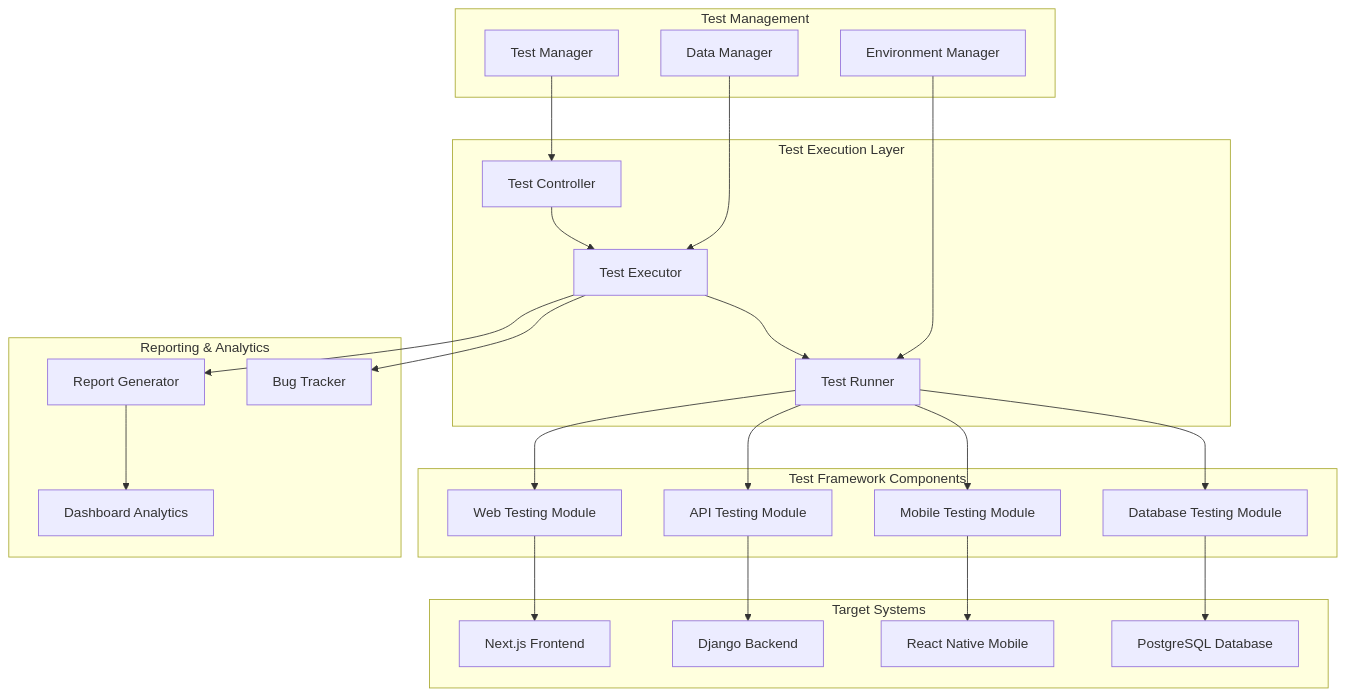
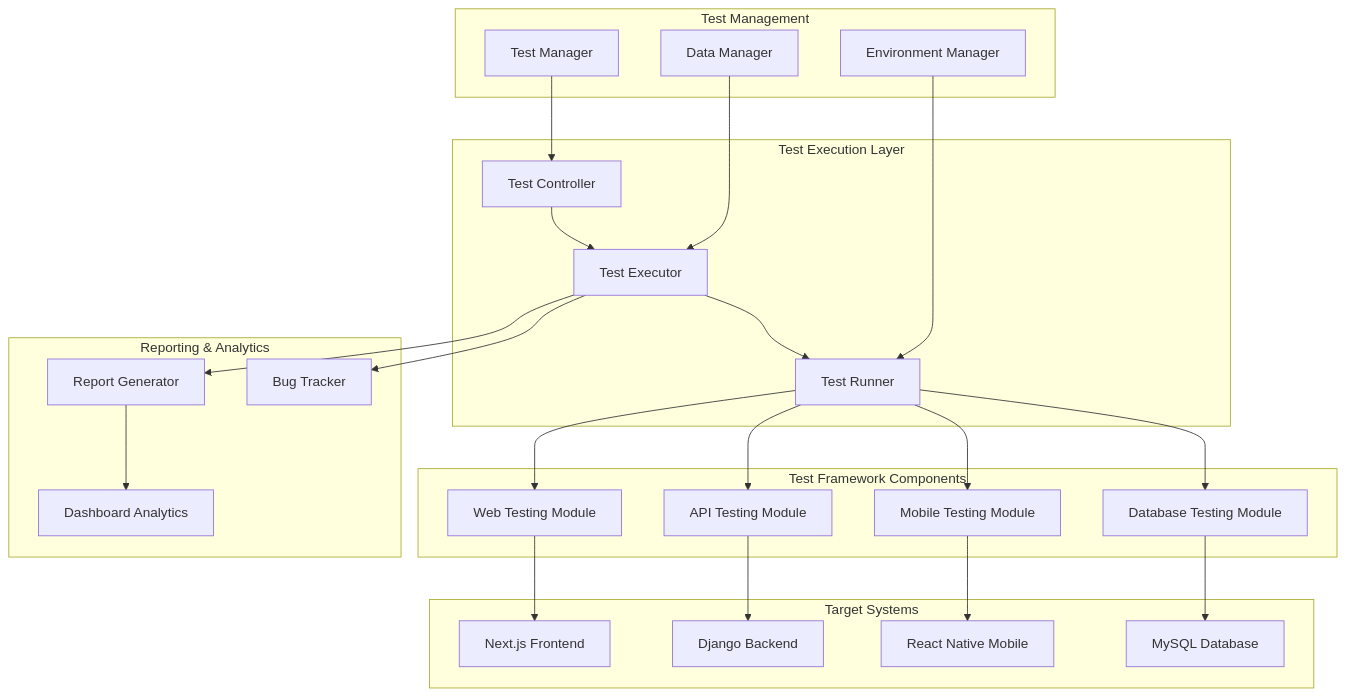
One commit to joejoethish/ecom changed the diagram in .kiro/specs/qa-testing-framework/design.md. Above: the diagram before and after it, drawn with Mermaid. The commit also changed other lines of this file and 11 other files, not shown here.

````diff
--- a/.kiro/specs/qa-testing-framework/design.md
+++ b/.kiro/specs/qa-testing-framework/design.md
@@ -19,54 +19,54 @@
 ```mermaid
 graph TB
     subgraph "Test Execution Layer"
         TC[Test Controller]
         TE[Test Executor]
         TR[Test Runner]
     end
     
     subgraph "Test Framework Components"
         WT[Web Testing Module]
         MT[Mobile Testing Module]
         AT[API Testing Module]
         DT[Database Testing Module]
     end
     
     subgraph "Test Management"
         TM[Test Manager]
         DM[Data Manager]
         EM[Environment Manager]
     end
     
     subgraph "Reporting & Analytics"
         RG[Report Generator]
         BT[Bug Tracker]
         DA[Dashboard Analytics]
     end
     
     subgraph "Target Systems"
         FE[Next.js Frontend]
         BE[Django Backend]
         MA[React Native Mobile]
-        DB[PostgreSQL Database]
+        DB[MySQL Database]
     end
     
     TC --> TE
     TE --> TR
     TR --> WT
     TR --> MT
     TR --> AT
     TR --> DT
     
     WT --> FE
     MT --> MA
     AT --> BE
     DT --> DB
     
     TM --> TC
     DM --> TE
     EM --> TR
     
     TE --> RG
     TE --> BT
     RG --> DA
 ```
````
